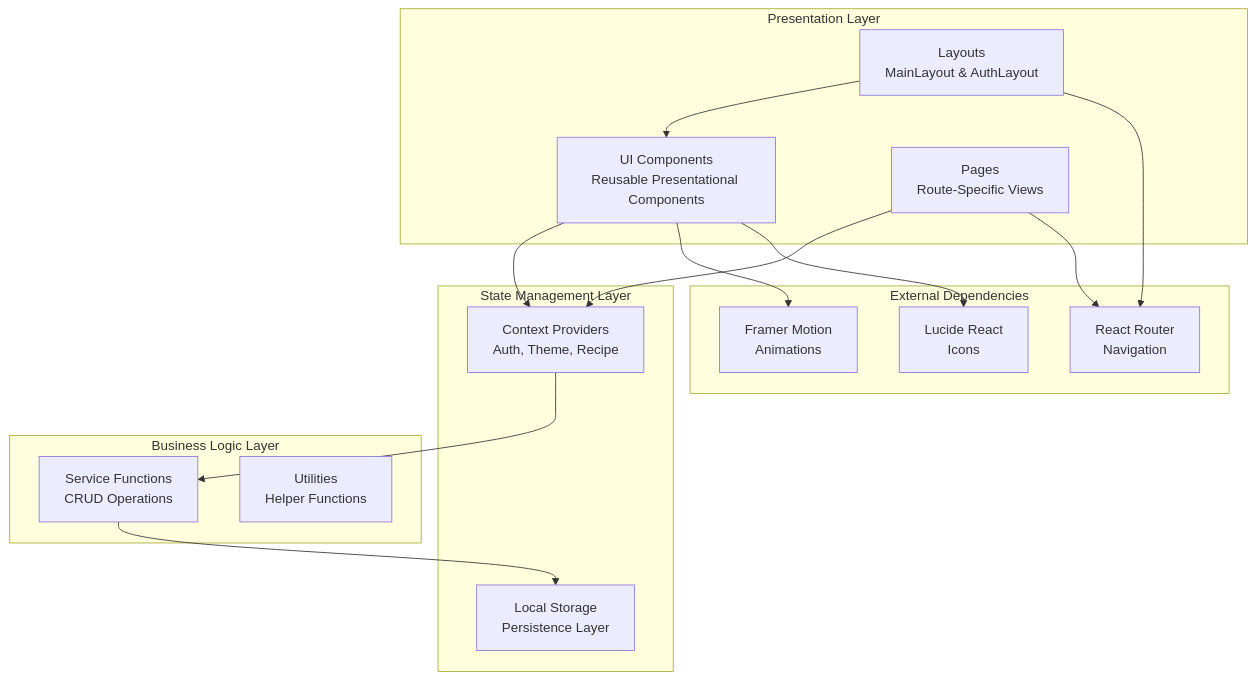
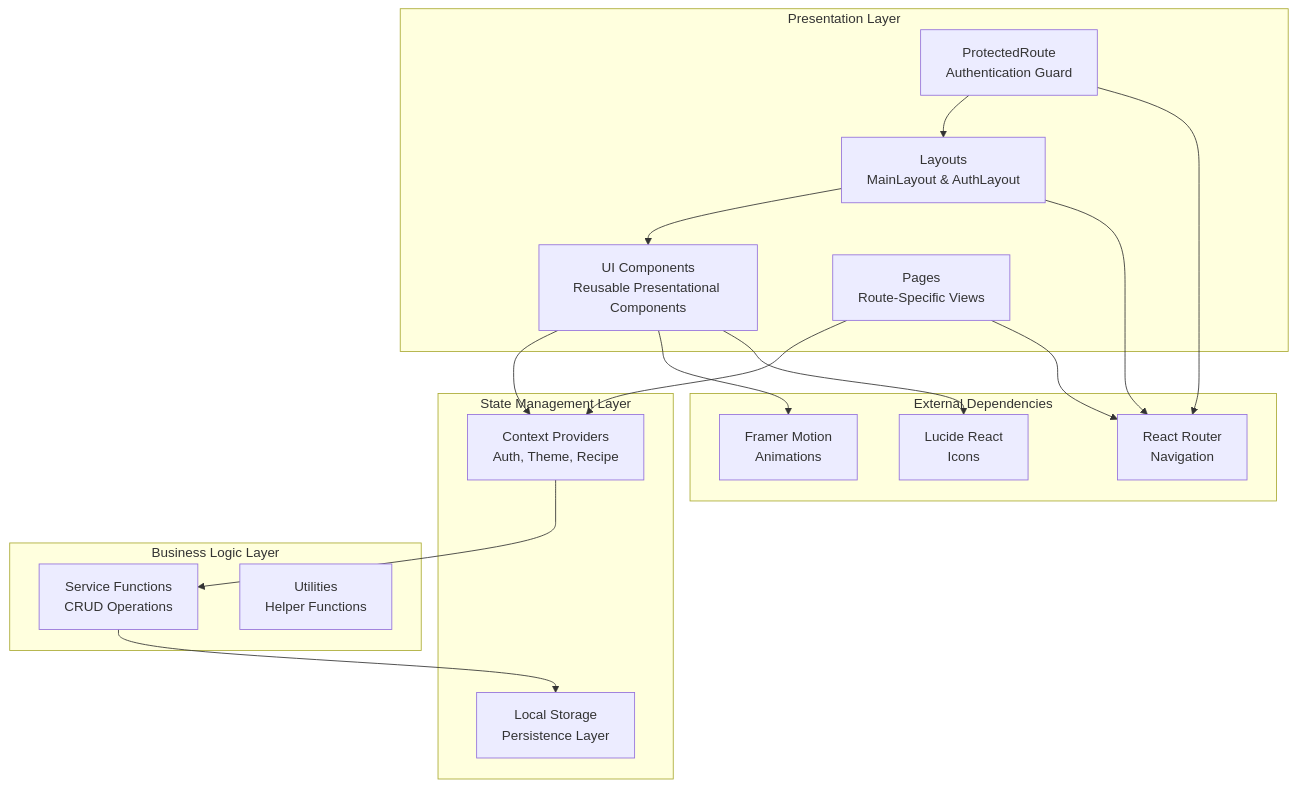
The fifth of 14 diagrams in .qoder/repowiki/en/content/Component System Architecture.md (aayeshasiddiqah2611-pixel/flavora_ai_server), drawn with Mermaid before and after one commit. The commit also changed other lines of this file and 20 other files, not shown here.

````diff
--- a/.qoder/repowiki/en/content/Component System Architecture.md
+++ b/.qoder/repowiki/en/content/Component System Architecture.md
@@ -222,30 +243,33 @@
 ```mermaid
 graph TB
 subgraph "Presentation Layer"
 UIComponents["UI Components<br/>Reusable Presentational Components"]
 Pages["Pages<br/>Route-Specific Views"]
 Layouts["Layouts<br/>MainLayout & AuthLayout"]
+Protected["ProtectedRoute<br/>Authentication Guard"]
 end
 subgraph "State Management Layer"
 ContextProviders["Context Providers<br/>Auth, Theme, Recipe"]
 LocalStorage["Local Storage<br/>Persistence Layer"]
 end
 subgraph "Business Logic Layer"
 Services["Service Functions<br/>CRUD Operations"]
 Utilities["Utilities<br/>Helper Functions"]
 end
 subgraph "External Dependencies"
 Router["React Router<br/>Navigation"]
 Animation["Framer Motion<br/>Animations"]
 Icons["Lucide React<br/>Icons"]
 end
 UIComponents --> ContextProviders
 Pages --> ContextProviders
 Layouts --> UIComponents
+Protected --> Layouts
 ContextProviders --> Services
 Services --> LocalStorage
 UIComponents --> Animation
 UIComponents --> Icons
 Pages --> Router
 Layouts --> Router
+Protected --> Router
 ```
````
